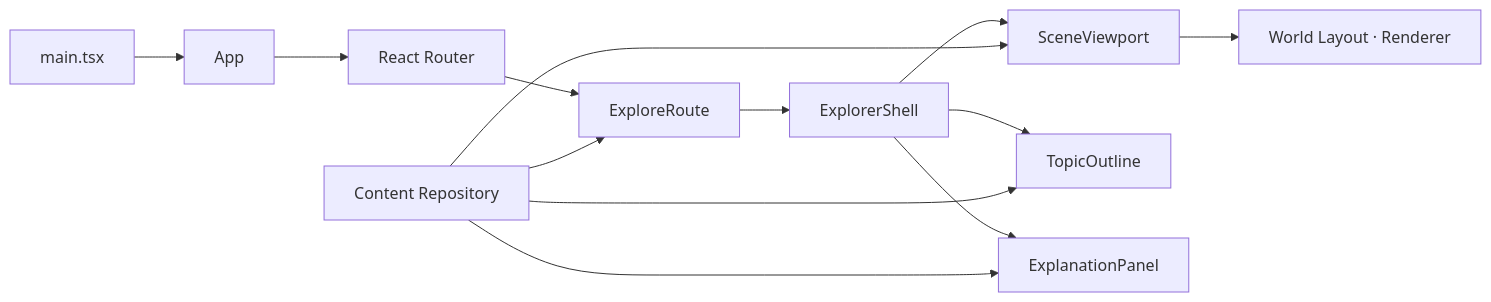
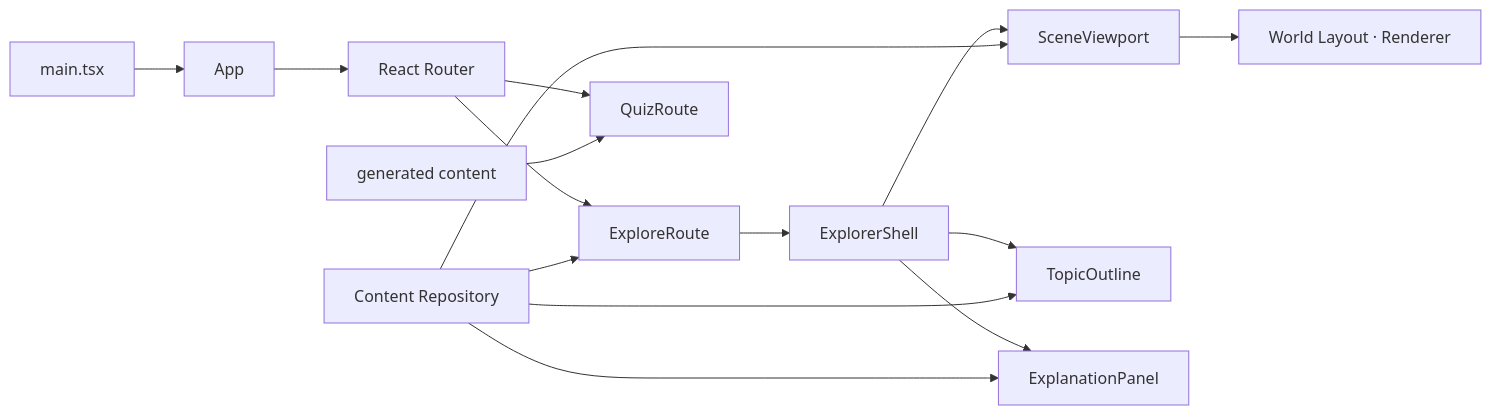
One commit to goldapple-ce/CS-Map changed the fourth of 5 diagrams in docs/ARCHITECTURE.md. Above: the diagram before and after it, drawn with Mermaid. The commit also changed other lines of this file and 15 other files, not shown here.

````diff
--- a/docs/ARCHITECTURE.md
+++ b/docs/ARCHITECTURE.md
@@ -155,15 +157,17 @@
 ```mermaid
 flowchart LR
     Main["main.tsx"] --> App["App"]
     App --> Router["React Router"]
-    Router --> Route["ExploreRoute"]
-    Route --> Shell["ExplorerShell"]
+    Router --> ExploreRoute["ExploreRoute"]
+    Router --> QuizRoute["QuizRoute"]
+    ExploreRoute --> Shell["ExplorerShell"]
     Shell --> Viewport["SceneViewport"]
     Shell --> Outline["TopicOutline"]
     Shell --> Panel["ExplanationPanel"]
-    Repository["Content Repository"] --> Route
+    Repository["Content Repository"] --> ExploreRoute
     Repository --> Viewport
     Repository --> Outline
     Repository --> Panel
+    Generated["generated content"] --> QuizRoute
     Viewport --> World["World Layout · Renderer"]
 ```
````
